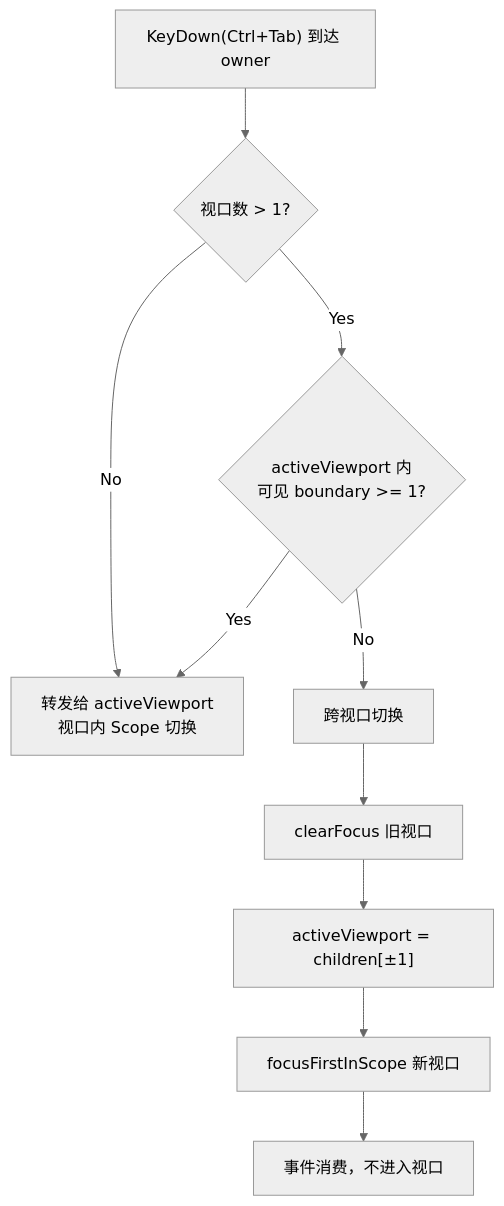
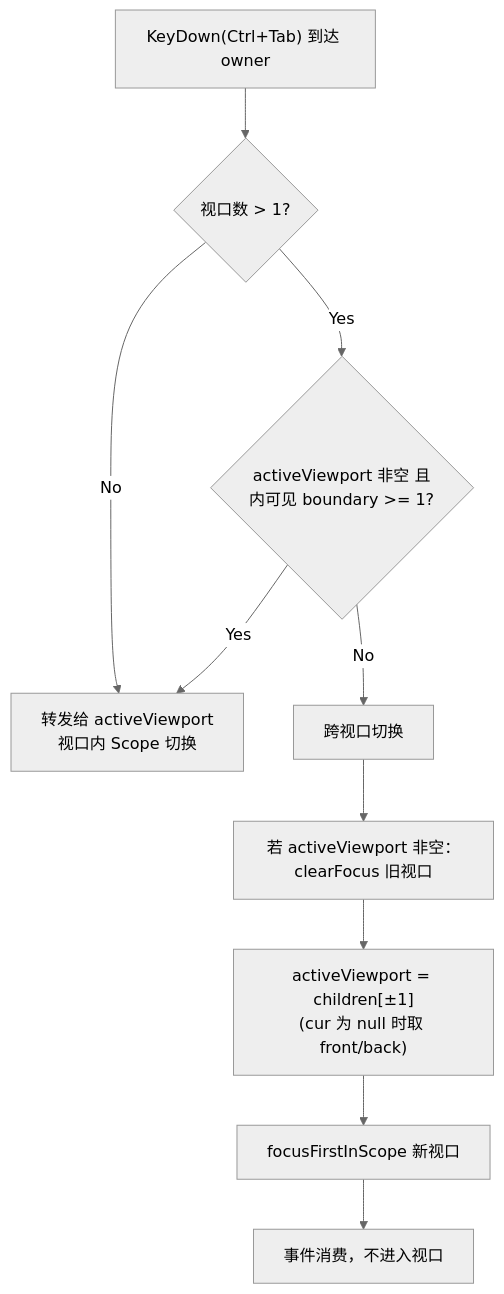
The fourth of 4 diagrams in doc/CABI_MultiInstance_Design.md (SeaOceanLiu/UIControls), drawn with Mermaid (neutral theme) before and after one commit. The commit also changed other lines of this file and 1 other file, not shown here.

Commit message:
docs: eighth audit pass — null activeViewport on DestroyInstance of active child, FocusManager boundary accessor, mermaid null branch sync, K8 owner-click test

````diff
--- a/doc/CABI_MultiInstance_Design.md
+++ b/doc/CABI_MultiInstance_Design.md
@@ -1696,12 +1696,12 @@
 ```mermaid
 flowchart TD
     A["KeyDown(Ctrl+Tab) 到达 owner"] --> B{"视口数 > 1?"}
     B -->|No| C["转发给 activeViewport<br/>视口内 Scope 切换"]
-    B -->|Yes| D{"activeViewport 内<br/>可见 boundary >= 1?"}
+    B -->|Yes| D{"activeViewport 非空 且<br/>内可见 boundary >= 1?"}
     D -->|Yes| C
     D -->|No| E["跨视口切换"]
-    E --> E1["clearFocus 旧视口"]
-    E1 --> E2["activeViewport = children[±1]"]
+    E --> E1["若 activeViewport 非空：clearFocus 旧视口"]
+    E1 --> E2["activeViewport = children[±1]<br/>(cur 为 null 时取 front/back)"]
     E2 --> E3["focusFirstInScope 新视口"]
     E3 --> F["事件消费，不进入视口"]
 ```
````
